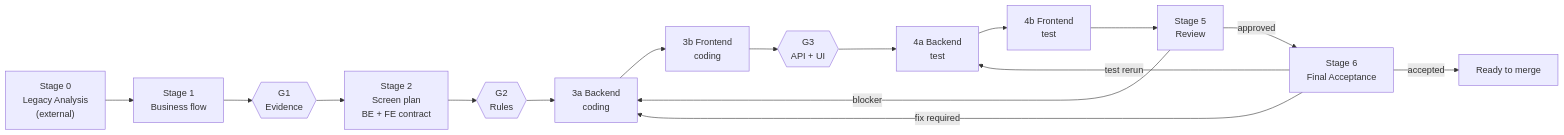
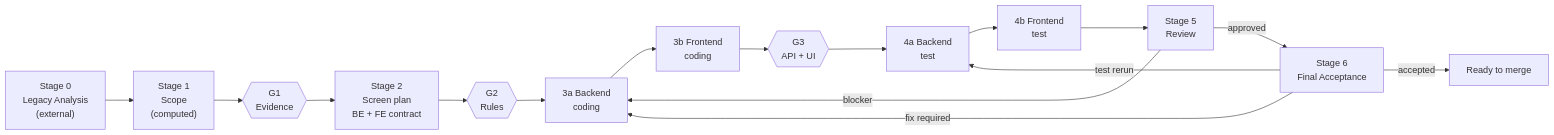
The diagram in plugins/ak/modernize/docs/MASTER_WORKFLOW.md (tuanvtanrakutei/access-modernization-kit), drawn with Mermaid before and after one commit. The commit also changed other lines of this file and 33 other files, not shown here.

````diff
--- a/plugins/ak/modernize/docs/MASTER_WORKFLOW.md
+++ b/plugins/ak/modernize/docs/MASTER_WORKFLOW.md
@@ -39,18 +39,18 @@
 ```mermaid
 flowchart LR
-    S0["Stage 0<br/>Legacy Analysis<br/>(external)"] --> S1["Stage 1<br/>Business flow"]
+    S0["Stage 0<br/>Legacy Analysis<br/>(external)"] --> S1["Stage 1<br/>Scope<br/>(computed)"]
     S1 --> G1{{"G1<br/>Evidence"}}
     G1 --> S2["Stage 2<br/>Screen plan<br/>BE + FE contract"]
     S2 --> G2{{"G2<br/>Rules"}}
     G2 --> S3a["3a Backend<br/>coding"]
     S3a --> S3b["3b Frontend<br/>coding"]
     S3b --> G3{{"G3<br/>API + UI"}}
     G3 --> S4a["4a Backend<br/>test"]
     S4a --> S4b["4b Frontend<br/>test"]
     S4b --> S5["Stage 5<br/>Review"]
     S5 -->|blocker| S3a
     S5 -->|approved| S6["Stage 6<br/>Final Acceptance"]
     S6 -->|fix required| S3a
     S6 -->|test rerun| S4a
     S6 -->|accepted| DONE["Ready to merge"]
 ```
````
